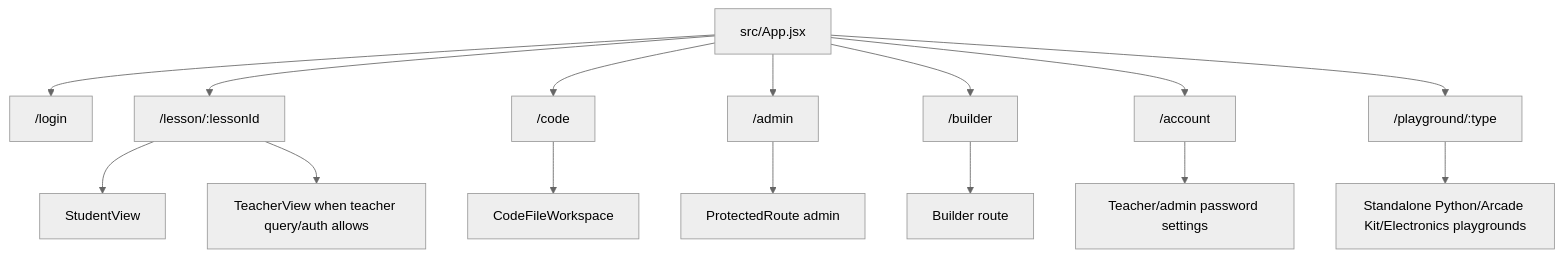
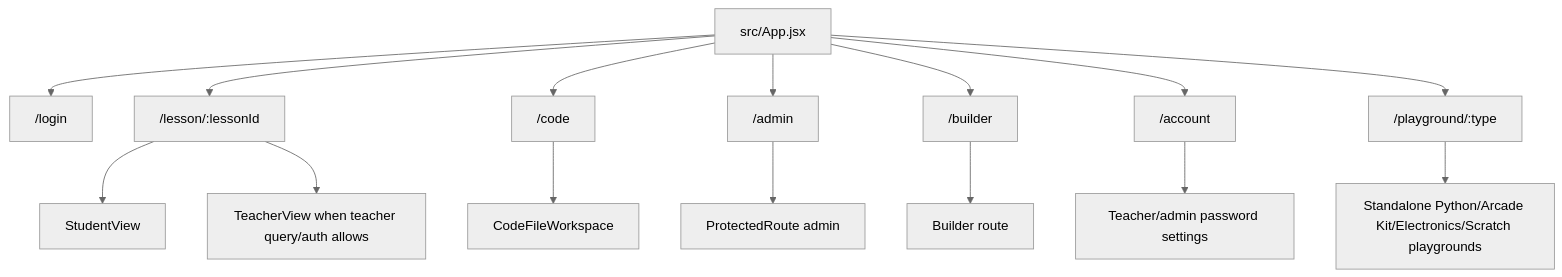
Before and after one commit to Headstart-Coding-Launchpad/editor: the first of 5 diagrams in docs/architecture/runtime-flows.md, drawn with Mermaid (neutral theme). The commit also changed 13 other files, not shown here.

First line of the commit message:
feat: add a standalone Scratch playground

````diff
--- a/docs/architecture/runtime-flows.md
+++ b/docs/architecture/runtime-flows.md
@@ -11,17 +11,17 @@
 ```mermaid
 flowchart TD
   App["src/App.jsx"] --> Login["/login"]
   App --> Lesson["/lesson/:lessonId"]
   App --> Code["/code"]
   App --> Admin["/admin"]
   App --> Builder["/builder"]
   App --> Account["/account"]
   App --> Playground["/playground/:type"]
   Lesson --> Student["StudentView"]
   Lesson --> Teacher["TeacherView when teacher query/auth allows"]
   Code --> CodeWorkspace["CodeFileWorkspace"]
   Admin --> Protected["ProtectedRoute admin"]
   Builder --> BuilderApp["Builder route"]
   Account --> AccountSettings["Teacher/admin password settings"]
-  Playground --> PlaygroundView["Standalone Python/Arcade Kit/Electronics playgrounds"]
+  Playground --> PlaygroundView["Standalone Python/Arcade Kit/Electronics/Scratch playgrounds"]
 ```
````
